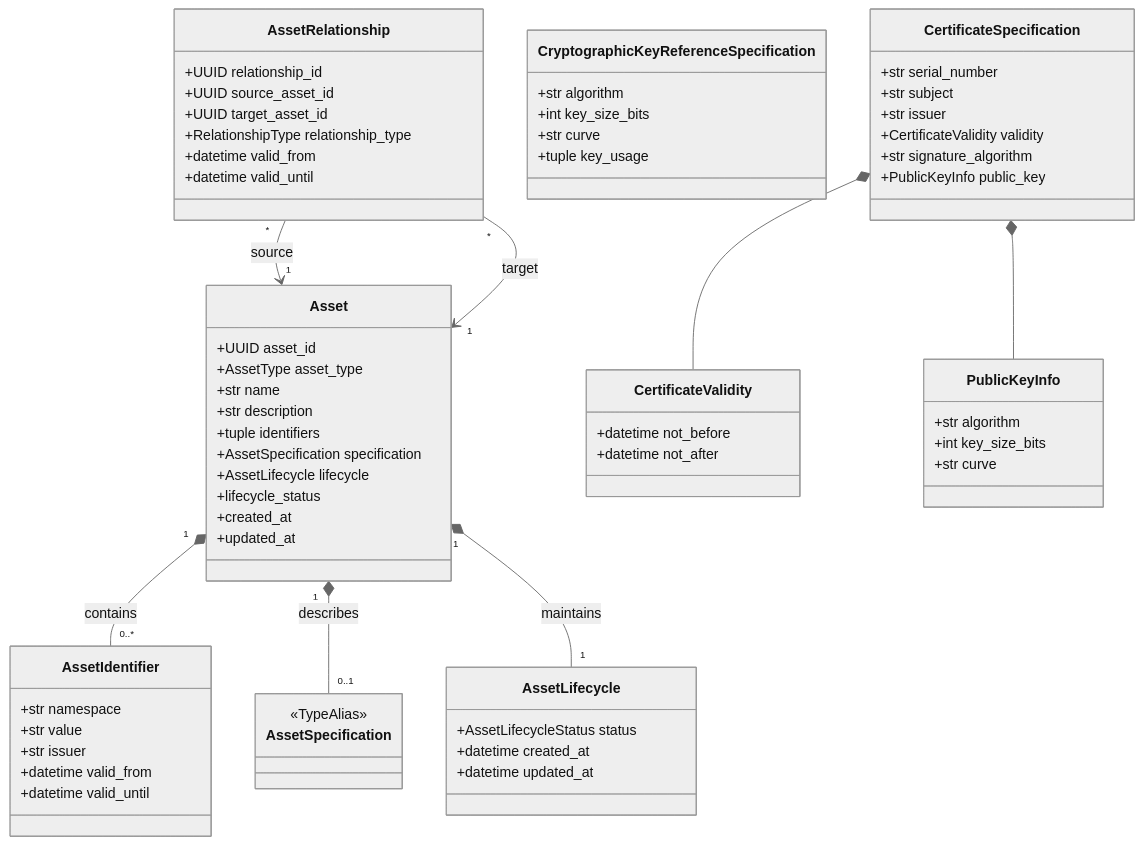
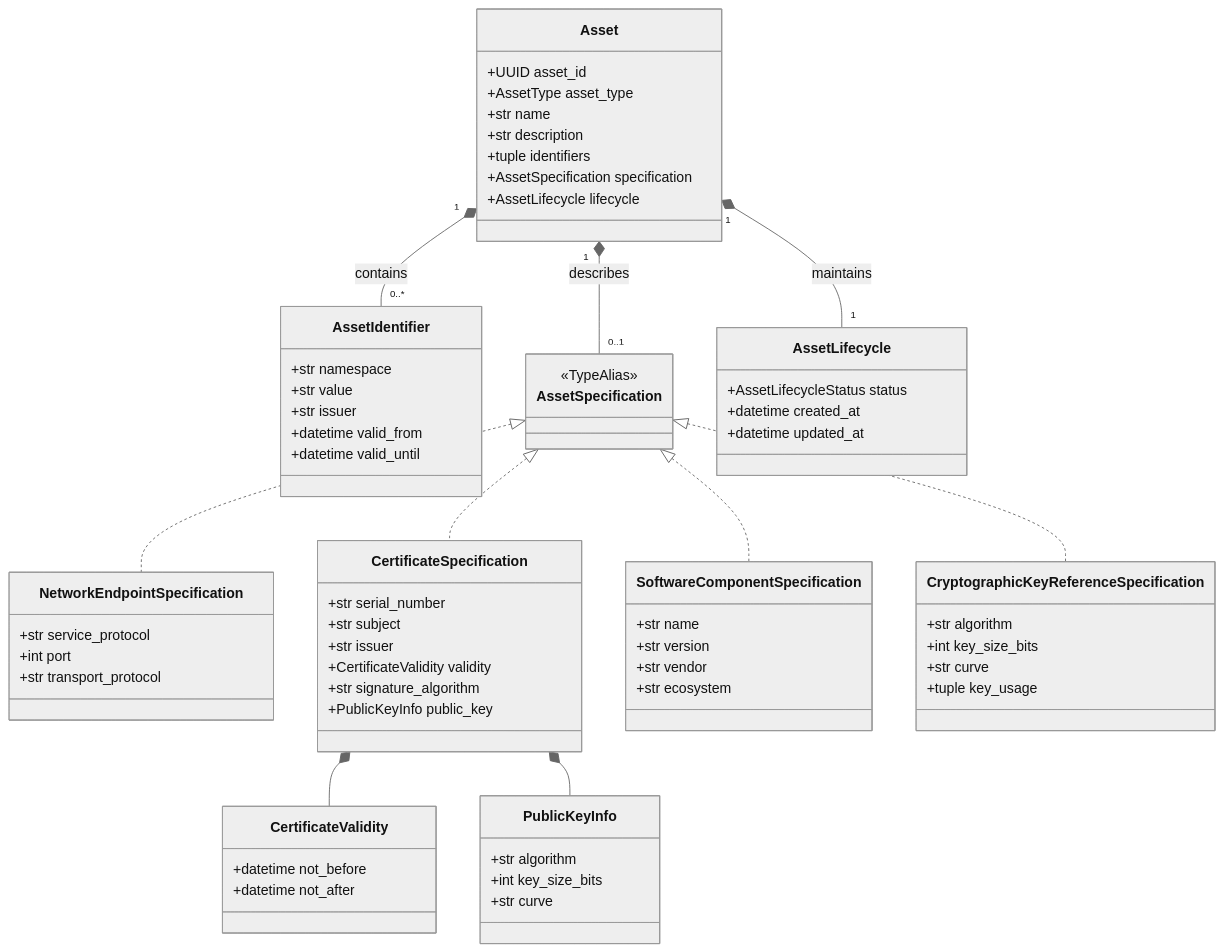
Before and after one commit to git-loa/cryptographic-inventory-pqc-risk-assessment: the second of 8 diagrams in docs/architecture/domain/domain-class-diagram.md, drawn with Mermaid (neutral theme). The commit also changed other lines of this file and 9 other files, not shown here.

Commit message:
feature: refactor relationship rules / docs: rewrite domain architecture documentation

````diff
--- a/docs/architecture/domain/domain-class-diagram.md
+++ b/docs/architecture/domain/domain-class-diagram.md
@@ -51,79 +47,82 @@
 ```mermaid
 classDiagram
     class Asset {
         +UUID asset_id
         +AssetType asset_type
         +str name
         +str description
         +tuple identifiers
         +AssetSpecification specification
         +AssetLifecycle lifecycle
-        +lifecycle_status
-        +created_at
-        +updated_at
     }
 
     class AssetIdentifier {
         +str namespace
         +str value
         +str issuer
         +datetime valid_from
         +datetime valid_until
     }
 
     class AssetSpecification {
         <<TypeAlias>>
+    }
+
+    class NetworkEndpointSpecification {
+        +str service_protocol
+        +int port
+        +str transport_protocol
     }
 
     class CertificateSpecification {
         +str serial_number
         +str subject
         +str issuer
         +CertificateValidity validity
         +str signature_algorithm
         +PublicKeyInfo public_key
     }
 
     class CertificateValidity {
         +datetime not_before
         +datetime not_after
     }
 
     class PublicKeyInfo {
         +str algorithm
         +int key_size_bits
         +str curve
     }
 
+    class SoftwareComponentSpecification {
+        +str name
+        +str version
+        +str vendor
+        +str ecosystem
+    }
+
     class CryptographicKeyReferenceSpecification {
         +str algorithm
         +int key_size_bits
         +str curve
         +tuple key_usage
     }
 
     class AssetLifecycle {
         +AssetLifecycleStatus status
         +datetime created_at
         +datetime updated_at
     }
 
-    class AssetRelationship {
-        +UUID relationship_id
-        +UUID source_asset_id
-        +UUID target_asset_id
-        +RelationshipType relationship_type
-        +datetime valid_from
-        +datetime valid_until
-    }
-
     Asset "1" *-- "0..*" AssetIdentifier : contains
     Asset "1" *-- "0..1" AssetSpecification : describes
     Asset "1" *-- "1" AssetLifecycle : maintains
 
+    AssetSpecification <|.. NetworkEndpointSpecification
+    AssetSpecification <|.. CertificateSpecification
+    AssetSpecification <|.. SoftwareComponentSpecification
+    AssetSpecification <|.. CryptographicKeyReferenceSpecification
+
     CertificateSpecification *-- CertificateValidity
     CertificateSpecification *-- PublicKeyInfo
-
-    AssetRelationship "*" --> "1" Asset : source
-    AssetRelationship "*" --> "1" Asset : target
 ```
````
